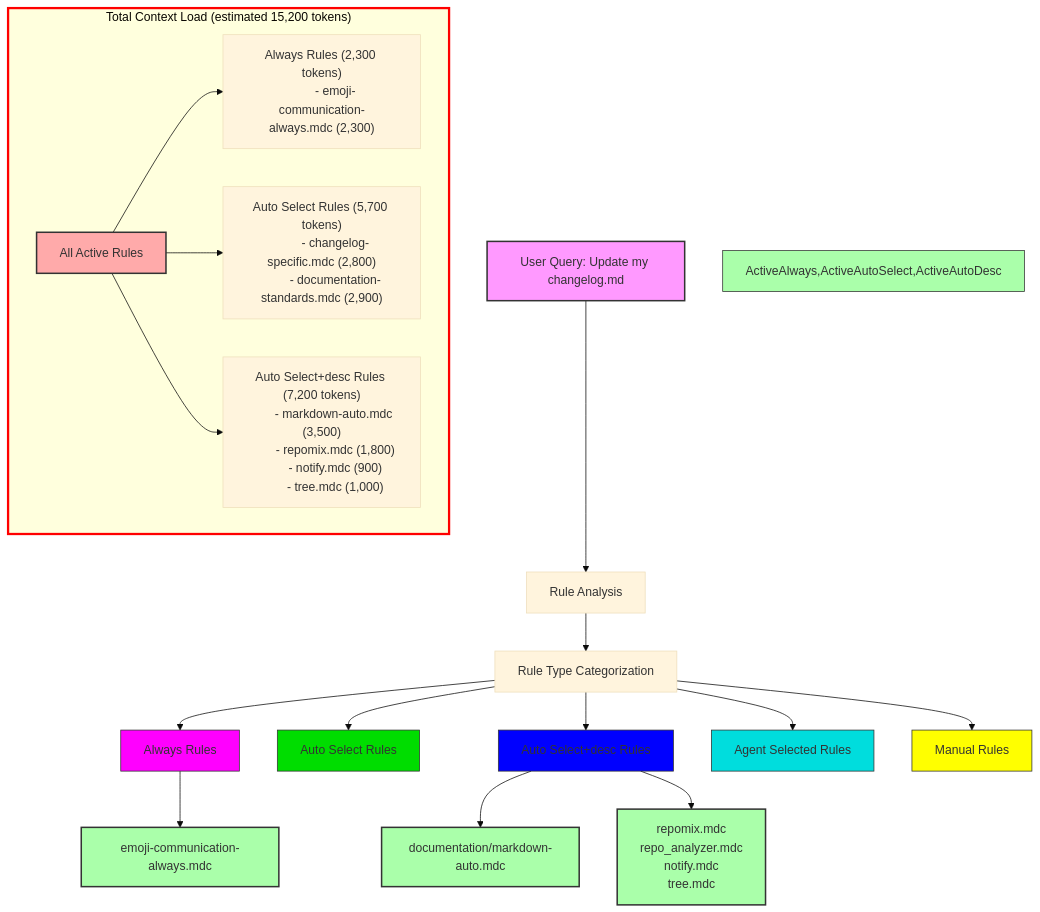
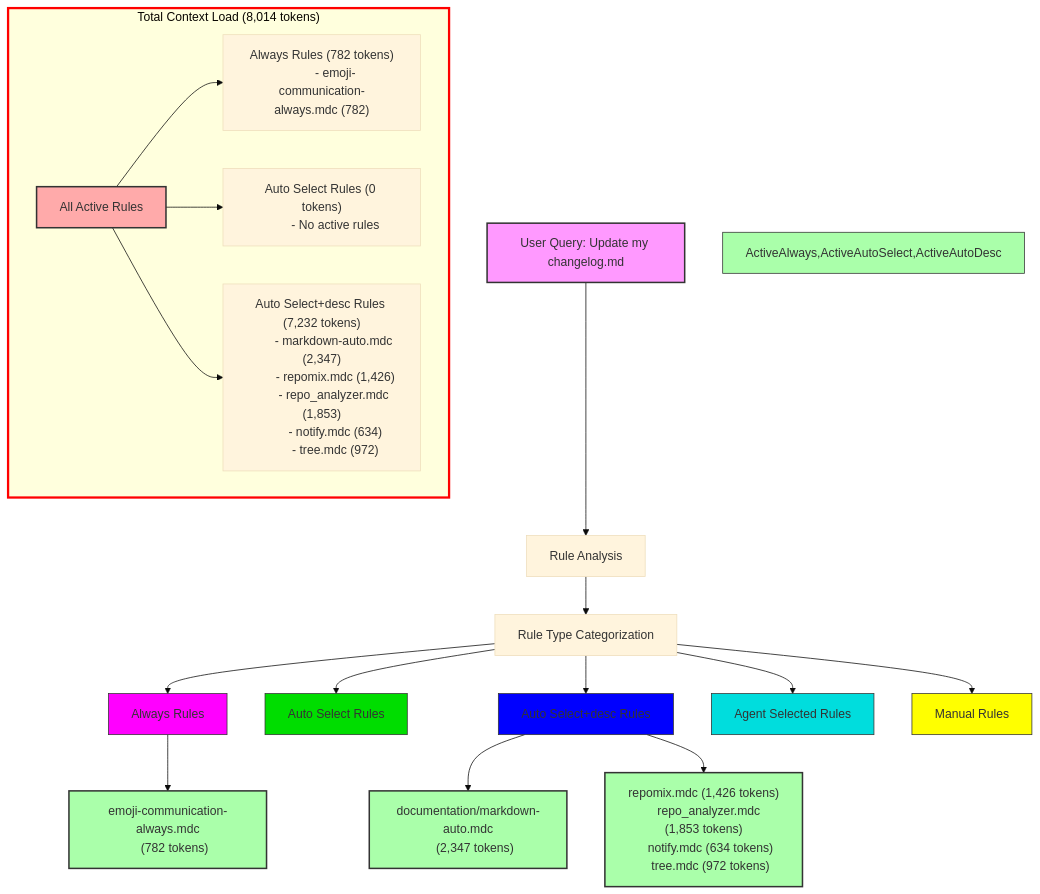
The diagram in .cursor/rules/workflows/workflow-rule-visualization-agent-manual.mdc (bossjones/codegen-lab), drawn with Mermaid before and after one commit. The commit also changed other lines of this file, not shown here.

First line of the commit message:
feat: Add token count estimation to workflow rule visualization documentation

````diff
--- a/.cursor/rules/workflows/workflow-rule-visualization-agent-manual.mdc
+++ b/.cursor/rules/workflows/workflow-rule-visualization-agent-manual.mdc
@@ -134,50 +172,52 @@
 ```mermaid
 %%{init: {'theme': 'base', 'themeVariables': {'fontSize': '16px', 'fontFamily': 'monospace'}}}%%
 flowchart TD
     Query["User Query: Update my changelog.md"] --> Analysis["Rule Analysis"]
 
     Analysis --> RuleTypes["Rule Type Categorization"]
 
     RuleTypes --> Always["Always Rules"]
     RuleTypes --> AutoSelect["Auto Select Rules"]
     RuleTypes --> AutoSelectDesc["Auto Select+desc Rules"]
     RuleTypes --> AgentSelected["Agent Selected Rules"]
     RuleTypes --> Manual["Manual Rules"]
 
-    Always --> AlwaysRules["emoji-communication-always.mdc"]
+    Always --> AlwaysRules["emoji-communication-always.mdc
+    (782 tokens)"]
 
-    AutoSelectDesc --> MarkdownRules["documentation/markdown-auto.mdc"]
-    AutoSelectDesc --> GeneralRules["repomix.mdc
-    repo_analyzer.mdc
-    notify.mdc
-    tree.mdc"]
+    AutoSelectDesc --> MarkdownRules["documentation/markdown-auto.mdc
+    (2,347 tokens)"]
+    AutoSelectDesc --> GeneralRules["repomix.mdc (1,426 tokens)
+    repo_analyzer.mdc (1,853 tokens)
+    notify.mdc (634 tokens)
+    tree.mdc (972 tokens)"]
 
     %% Add context load summary subgraph
-    subgraph ContextLoad["Total Context Load (estimated 15,200 tokens)"]
-        AllActiveRules["All Active Rules"] --> ActiveAlways["Always Rules (2,300 tokens)
-        - emoji-communication-always.mdc (2,300)"]
+    subgraph ContextLoad["Total Context Load (8,014 tokens)"]
+        AllActiveRules["All Active Rules"] --> ActiveAlways["Always Rules (782 tokens)
+        - emoji-communication-always.mdc (782)"]
 
-        AllActiveRules --> ActiveAutoSelect["Auto Select Rules (5,700 tokens)
-        - changelog-specific.mdc (2,800)
-        - documentation-standards.mdc (2,900)"]
+        AllActiveRules --> ActiveAutoSelect["Auto Select Rules (0 tokens)
+        - No active rules"]
 
-        AllActiveRules --> ActiveAutoDesc["Auto Select+desc Rules (7,200 tokens)
-        - markdown-auto.mdc (3,500)
-        - repomix.mdc (1,800)
-        - notify.mdc (900)
-        - tree.mdc (1,000)"]
+        AllActiveRules --> ActiveAutoDesc["Auto Select+desc Rules (7,232 tokens)
+        - markdown-auto.mdc (2,347)
+        - repomix.mdc (1,426)
+        - repo_analyzer.mdc (1,853)
+        - notify.mdc (634)
+        - tree.mdc (972)"]
     end
 
     style Query fill:#f9f,stroke:#333,stroke-width:2px
     style Always fill:#f0f,stroke:#333,stroke-width:1px
     style AutoSelect fill:#0d0,stroke:#333,stroke-width:1px
     style AutoSelectDesc fill:#00f,stroke:#333,stroke-width:1px
     style AgentSelected fill:#0dd,stroke:#333,stroke-width:1px
     style Manual fill:#ff0,stroke:#333,stroke-width:1px
     style ContextLoad fill:#ffd,stroke:#f00,stroke-width:3px
     style AllActiveRules fill:#faa,stroke:#333,stroke-width:2px
     style ActiveAlways,ActiveAutoSelect,ActiveAutoDesc fill:#afa,stroke:#333,stroke-width:1px
 
     classDef activated fill:#afa,stroke:#333,stroke-width:2px
     class AlwaysRules,MarkdownRules,GeneralRules activated
 ```
````
